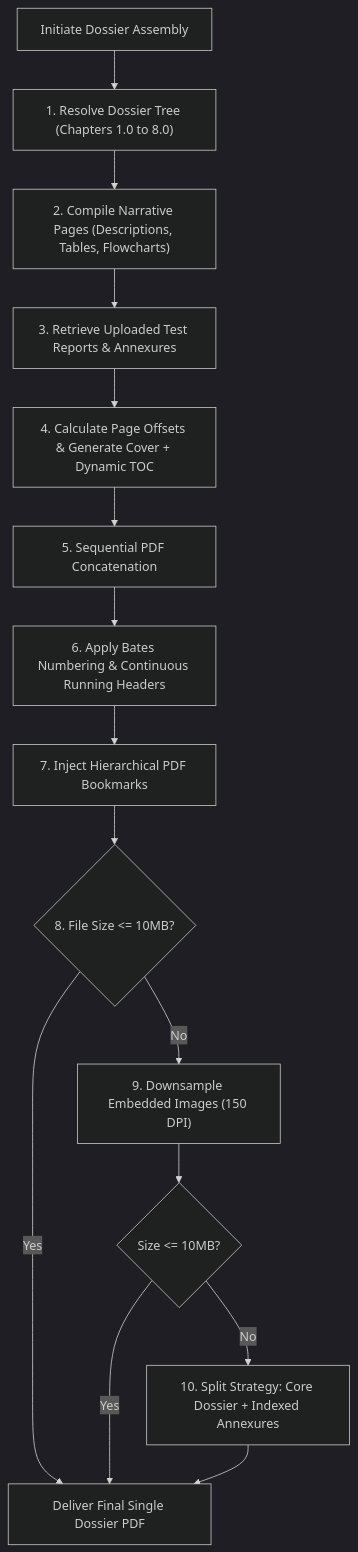
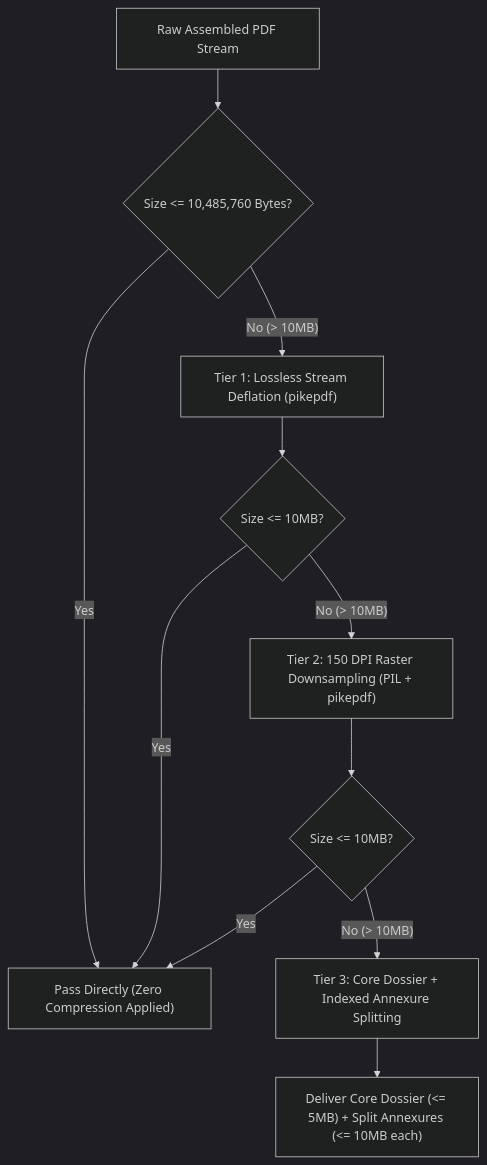
Before and after one commit to Sam27112004/CDSCO_v1: the seventh of 7 diagrams in docs/technical_reference/05_DOCUMENT_ENGINES_AND_FULFILLMENT_LOGIC.md, drawn with Mermaid (dark theme). The commit also changed other lines of this file and 4 other files, not shown here.

````diff
--- a/docs/technical_reference/05_DOCUMENT_ENGINES_AND_FULFILLMENT_LOGIC.md
+++ b/docs/technical_reference/05_DOCUMENT_ENGINES_AND_FULFILLMENT_LOGIC.md
@@ -393,17 +712,16 @@
 ```mermaid
 flowchart TD
-    Start["Initiate Dossier Assembly"] --> ResolveTree["1. Resolve Dossier Tree (Chapters 1.0 to 8.0)"]
-    ResolveTree --> BuildNarratives["2. Compile Narrative Pages (Descriptions, Tables, Flowcharts)"]
-    BuildNarratives --> FetchUploads["3. Retrieve Uploaded Test Reports & Annexures"]
-    FetchUploads --> GenerateTOC["4. Calculate Page Offsets & Generate Cover + Dynamic TOC"]
-    GenerateTOC --> Stitch["5. Sequential PDF Concatenation"]
-    Stitch --> Bates["6. Apply Bates Numbering & Continuous Running Headers"]
-    Bates --> Bookmarks["7. Inject Hierarchical PDF Bookmarks"]
-    Bookmarks --> CheckSize{"8. File Size <= 10MB?"}
-    CheckSize -->|"Yes"| Done["Deliver Final Single Dossier PDF"]
-    CheckSize -->|"No"| Compress["9. Downsample Embedded Images (150 DPI)"]
-    Compress --> RecheckSize{"Size <= 10MB?"}
-    RecheckSize -->|"Yes"| Done
-    RecheckSize -->|"No"| Split["10. Split Strategy: Core Dossier + Indexed Annexures"]
-    Split --> Done
+    Raw["Raw Assembled PDF Stream"] --> Gate0{"Size <= 10,485,760 Bytes?"}
+    Gate0 -->|"Yes"| Pass["Pass Directly (Zero Compression Applied)"]
+    
+    Gate0 -->|"No (> 10MB)"| Tier1["Tier 1: Lossless Stream Deflation (pikepdf)"]
+    Tier1 --> Gate1{"Size <= 10MB?"}
+    Gate1 -->|"Yes"| Pass
+    
+    Gate1 -->|"No (> 10MB)"| Tier2["Tier 2: 150 DPI Raster Downsampling (PIL + pikepdf)"]
+    Tier2 --> Gate2{"Size <= 10MB?"}
+    Gate2 -->|"Yes"| Pass
+    
+    Gate2 -->|"No (> 10MB)"| Tier3["Tier 3: Core Dossier + Indexed Annexure Splitting"]
+    Tier3 --> PassSplit["Deliver Core Dossier (<= 5MB) + Split Annexures (<= 10MB each)"]
 ```
````
